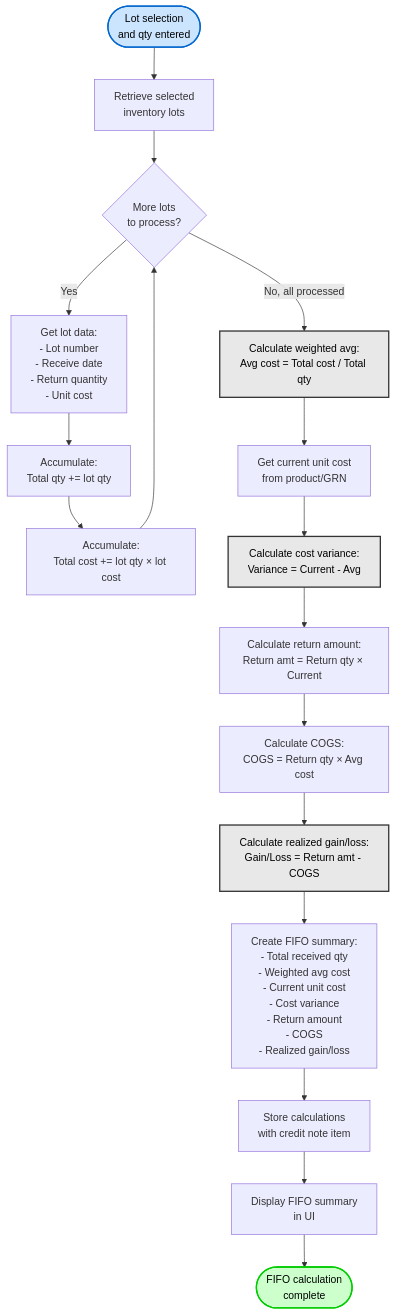
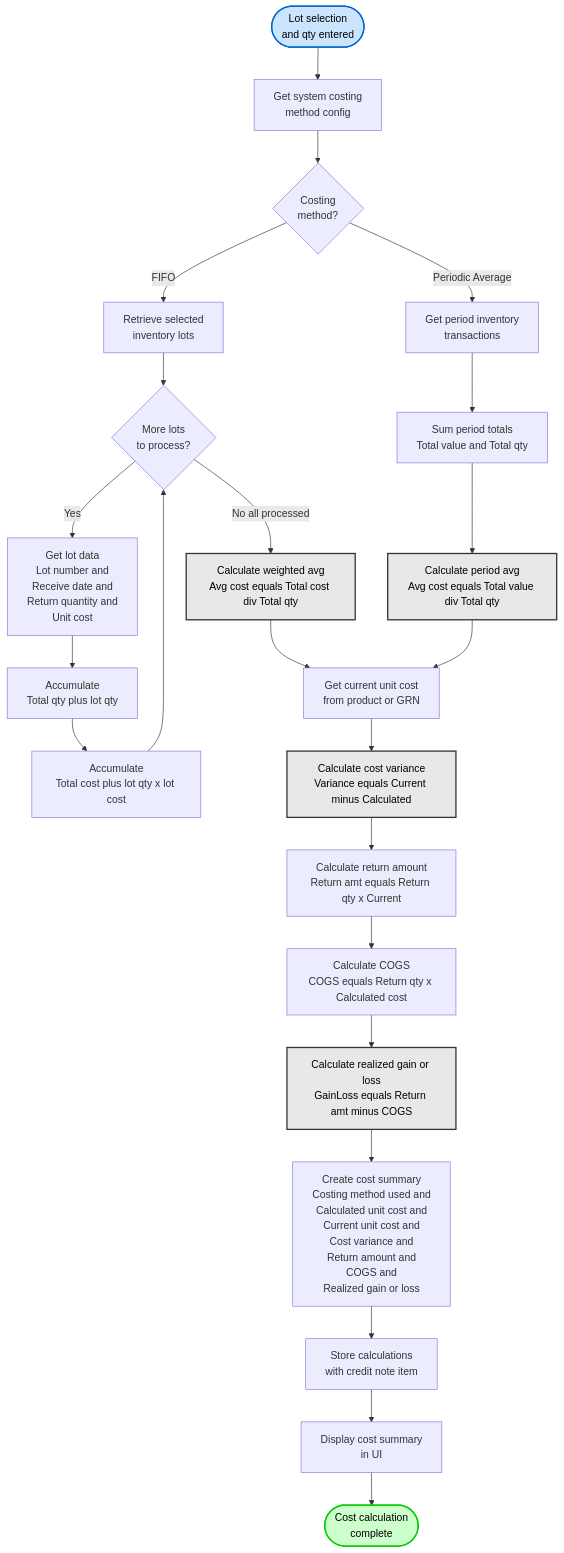
The fifth of 11 diagrams in docs/app/procurement/credit-note/FD-credit-note.md (CarmenSoftware-organization/carmen), drawn with Mermaid before and after one commit. The commit also changed other lines of this file and 23 other files, not shown here.

First line of the commit message:
docs: update credit note and goods received note documentation for versioning and costing methods

````diff
--- a/docs/app/procurement/credit-note/FD-credit-note.md
+++ b/docs/app/procurement/credit-note/FD-credit-note.md
@@ -493,38 +488,49 @@
 ```mermaid
 flowchart TD
-    Start([Lot selection<br/>and qty entered]) --> GetLots[Retrieve selected<br/>inventory lots]
+    Start([Lot selection<br/>and qty entered]) --> GetMethod[Get system costing<br/>method config]
+
+    GetMethod --> CheckMethod{Costing<br/>method?}
+
+    CheckMethod -->|FIFO| GetLots[Retrieve selected<br/>inventory lots]
+    CheckMethod -->|Periodic Average| GetPeriodData[Get period inventory<br/>transactions]
 
     GetLots --> LoopStart{More lots<br/>to process?}
 
-    LoopStart -->|Yes| GetLotData[Get lot data:<br/>- Lot number<br/>- Receive date<br/>- Return quantity<br/>- Unit cost]
+    LoopStart -->|Yes| GetLotData[Get lot data<br/>Lot number and<br/>Receive date and<br/>Return quantity and<br/>Unit cost]
 
-    GetLotData --> AccumQty[Accumulate:<br/>Total qty += lot qty]
-    AccumQty --> AccumCost[Accumulate:<br/>Total cost += lot qty × lot cost]
+    GetLotData --> AccumQty[Accumulate<br/>Total qty plus lot qty]
+    AccumQty --> AccumCost[Accumulate<br/>Total cost plus lot qty x lot cost]
     AccumCost --> LoopStart
 
-    LoopStart -->|No, all processed| CalcAvg[Calculate weighted avg:<br/>Avg cost = Total cost / Total qty]
+    LoopStart -->|No all processed| CalcFIFOAvg[Calculate weighted avg<br/>Avg cost equals Total cost div Total qty]
+    CalcFIFOAvg --> GetCurrent
 
-    CalcAvg --> GetCurrent[Get current unit cost<br/>from product/GRN]
+    GetPeriodData --> CalcPeriodTotals[Sum period totals<br/>Total value and Total qty]
+    CalcPeriodTotals --> CalcPeriodAvg[Calculate period avg<br/>Avg cost equals Total value div Total qty]
+    CalcPeriodAvg --> GetCurrent
 
-    GetCurrent --> CalcVariance[Calculate cost variance:<br/>Variance = Current - Avg]
+    GetCurrent[Get current unit cost<br/>from product or GRN]
 
-    CalcVariance --> CalcReturnAmt[Calculate return amount:<br/>Return amt = Return qty × Current]
+    GetCurrent --> CalcVariance[Calculate cost variance<br/>Variance equals Current minus Calculated]
 
-    CalcReturnAmt --> CalcCOGS[Calculate COGS:<br/>COGS = Return qty × Avg cost]
+    CalcVariance --> CalcReturnAmt[Calculate return amount<br/>Return amt equals Return qty x Current]
 
-    CalcCOGS --> CalcGainLoss[Calculate realized gain/loss:<br/>Gain/Loss = Return amt - COGS]
+    CalcReturnAmt --> CalcCOGS[Calculate COGS<br/>COGS equals Return qty x Calculated cost]
 
-    CalcGainLoss --> CreateSummary[Create FIFO summary:<br/>- Total received qty<br/>- Weighted avg cost<br/>- Current unit cost<br/>- Cost variance<br/>- Return amount<br/>- COGS<br/>- Realized gain/loss]
+    CalcCOGS --> CalcGainLoss[Calculate realized gain or loss<br/>GainLoss equals Return amt minus COGS]
+
+    CalcGainLoss --> CreateSummary[Create cost summary<br/>Costing method used and<br/>Calculated unit cost and<br/>Current unit cost and<br/>Cost variance and<br/>Return amount and<br/>COGS and<br/>Realized gain or loss]
 
     CreateSummary --> StoreResults[Store calculations<br/>with credit note item]
 
-    StoreResults --> DisplaySummary[Display FIFO summary<br/>in UI]
+    StoreResults --> DisplaySummary[Display cost summary<br/>in UI]
 
-    DisplaySummary --> Success([FIFO calculation<br/>complete])
+    DisplaySummary --> Success([Cost calculation<br/>complete])
 
     style Start fill:#cce5ff,stroke:#0066cc,stroke-width:2px,color:#000
     style Success fill:#ccffcc,stroke:#00cc00,stroke-width:2px,color:#000
-    style CalcAvg fill:#e8e8e8,stroke:#333,stroke-width:2px,color:#000
+    style CalcFIFOAvg fill:#e8e8e8,stroke:#333,stroke-width:2px,color:#000
+    style CalcPeriodAvg fill:#e8e8e8,stroke:#333,stroke-width:2px,color:#000
     style CalcVariance fill:#e8e8e8,stroke:#333,stroke-width:2px,color:#000
     style CalcGainLoss fill:#e8e8e8,stroke:#333,stroke-width:2px,color:#000
 ```
````
